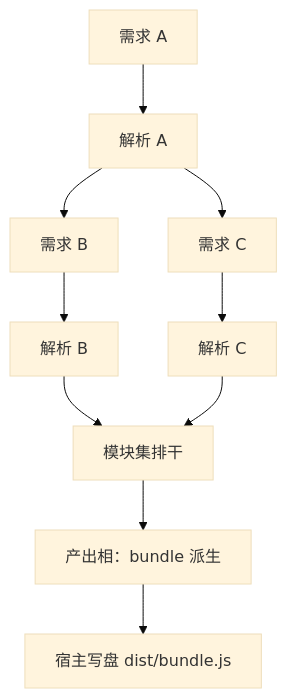
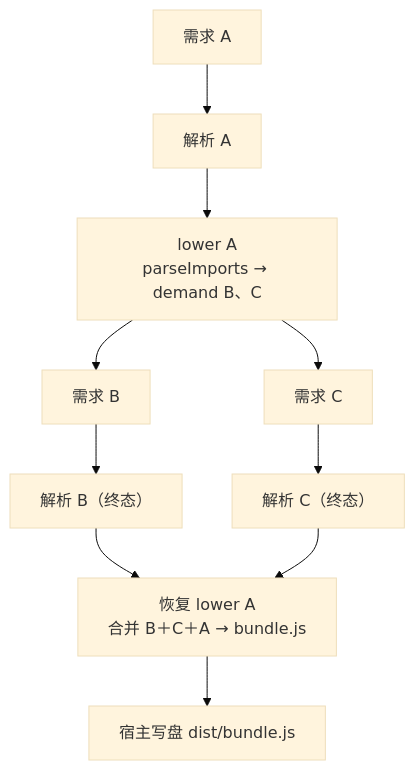
One commit to idealjs/stack changed the diagram in packages/stack/docs/recipe-single-file.md. Above: the diagram before and after it, drawn with Mermaid (base theme). The commit also changed other lines of this file and 1 other file, not shown here.

````diff
--- a/packages/stack/docs/recipe-single-file.md
+++ b/packages/stack/docs/recipe-single-file.md
@@ -36,10 +36,10 @@
 ```mermaid
 flowchart TD
     D1["需求 A"] --> P1["解析 A"]
-    P1 --> D2["需求 B"] --> P2["解析 B"]
-    P1 --> D3["需求 C"] --> P3["解析 C"]
-    P2 --> Q["模块集排干"]
-    P3 --> Q
-    Q --> T["产出相：bundle 派生"]
-    T --> W["宿主写盘 dist/bundle.js"]
+    P1 --> L1["lower A<br/>parseImports → demand B、C"]
+    L1 --> D2["需求 B"] --> P2["解析 B（终态）"]
+    L1 --> D3["需求 C"] --> P3["解析 C（终态）"]
+    P2 --> R["恢复 lower A<br/>合并 B＋C＋A → bundle.js"]
+    P3 --> R
+    R --> W["宿主写盘 dist/bundle.js"]
 ```
````
